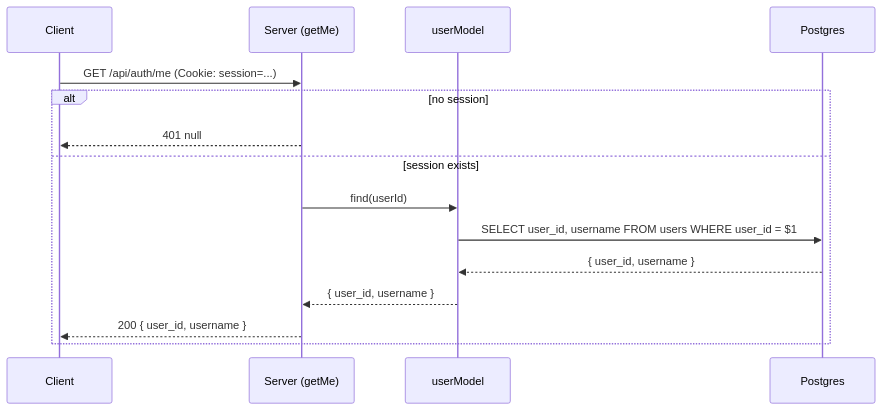
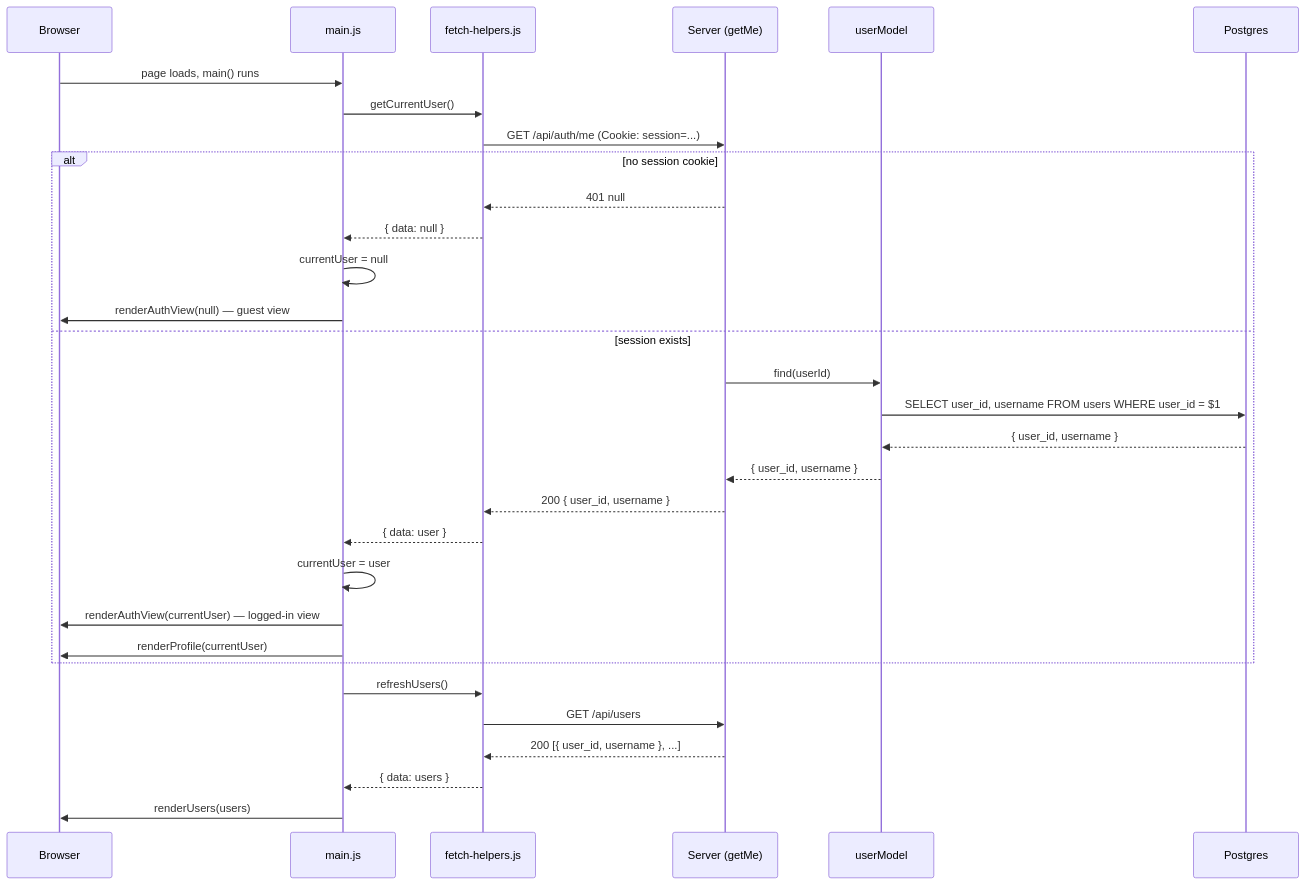
The second of 2 diagrams in mod-6-databases/10-sessions-and-login.md (The-Marcy-Lab-School/marcy-curriculum-docs), drawn with Mermaid before and after one commit. The commit also changed other lines of this file, not shown here.

````diff
--- a/mod-6-databases/10-sessions-and-login.md
+++ b/mod-6-databases/10-sessions-and-login.md
@@ -283,18 +325,36 @@
 ```mermaid
 sequenceDiagram
-  participant C as Client
+  participant B as Browser
+  participant M as main.js
+  participant F as fetch-helpers.js
   participant S as Server (getMe)
-  participant M as userModel
+  participant UM as userModel
   participant DB as Postgres
 
-  C->>S: GET /api/auth/me (Cookie: session=...)
-  alt no session
-    S-->>C: 401 null
+  B->>M: page loads, main() runs
+  M->>F: getCurrentUser()
+  F->>S: GET /api/auth/me (Cookie: session=...)
+
+  alt no session cookie
+    S-->>F: 401 null
+    F-->>M: { data: null }
+    M->>M: currentUser = null
+    M->>B: renderAuthView(null) — guest view
   else session exists
-    S->>M: find(userId)
-    M->>DB: SELECT user_id, username FROM users WHERE user_id = $1
-    DB-->>M: { user_id, username }
-    M-->>S: { user_id, username }
-    S-->>C: 200 { user_id, username }
+    S->>UM: find(userId)
+    UM->>DB: SELECT user_id, username FROM users WHERE user_id = $1
+    DB-->>UM: { user_id, username }
+    UM-->>S: { user_id, username }
+    S-->>F: 200 { user_id, username }
+    F-->>M: { data: user }
+    M->>M: currentUser = user
+    M->>B: renderAuthView(currentUser) — logged-in view
+    M->>B: renderProfile(currentUser)
   end
+
+  M->>F: refreshUsers()
+  F->>S: GET /api/users
+  S-->>F: 200 [{ user_id, username }, ...]
+  F-->>M: { data: users }
+  M->>B: renderUsers(users)
 ```
````
